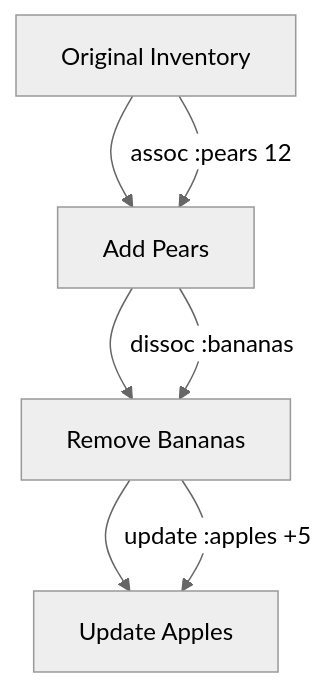
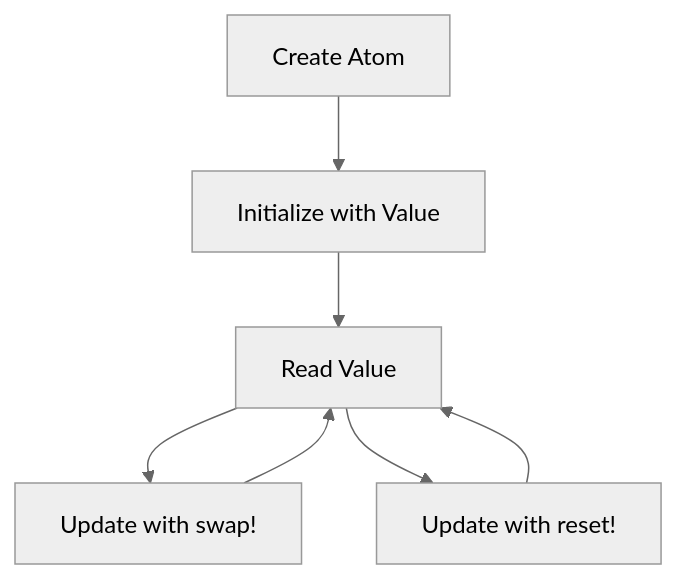
One commit to MasteryEducation/ClojureForJava.com changed the diagram in content/1/8/3/1/index.md. Above: the diagram before and after it, drawn with Mermaid (neutral theme). The commit also changed other lines of this file and 915 other files, not shown here.

````diff
--- a/content/1/8/3/1/index.md
+++ b/content/1/8/3/1/index.md
@@ -144,9 +133,9 @@
 ```mermaid
 graph TD;
-    A[Original Inventory] --> B[Add Pears]
-    B --> C[Remove Bananas]
-    C --> D[Update Apples]
-    A -->|assoc :pears 12| B
-    B -->|dissoc :bananas| C
-    C -->|update :apples +5| D
+    A[Create Atom] --> B[Initialize with Value];
+    B --> C[Read Value];
+    C --> D[Update with swap!];
+    C --> E[Update with reset!];
+    D --> C;
+    E --> C;
 ```
````
